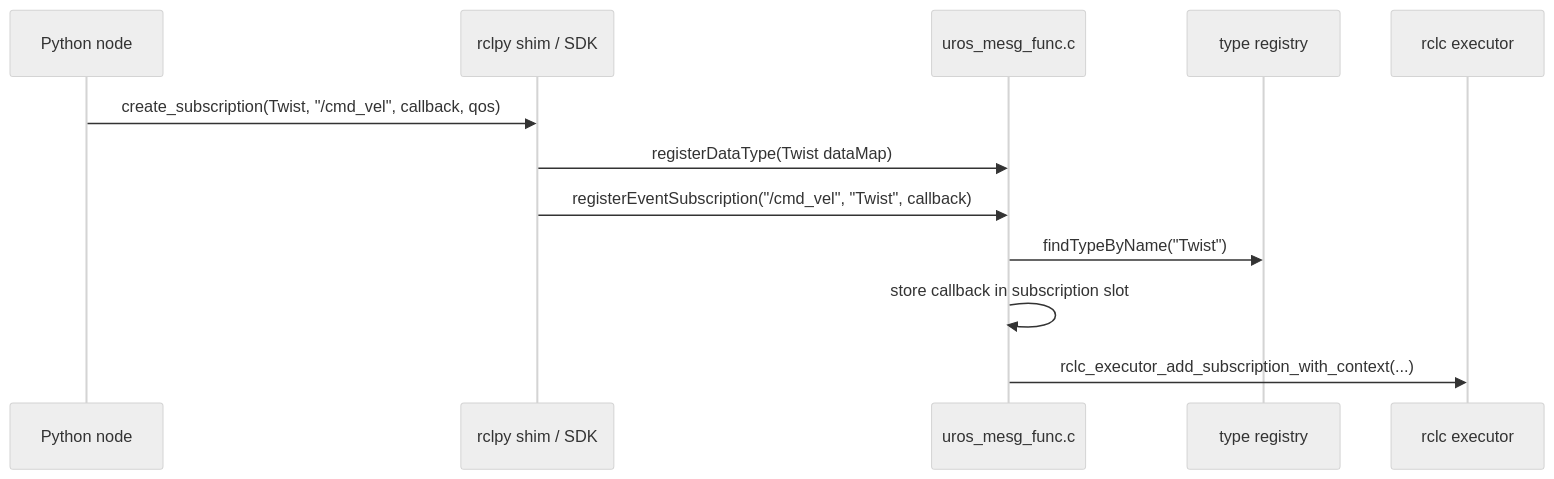
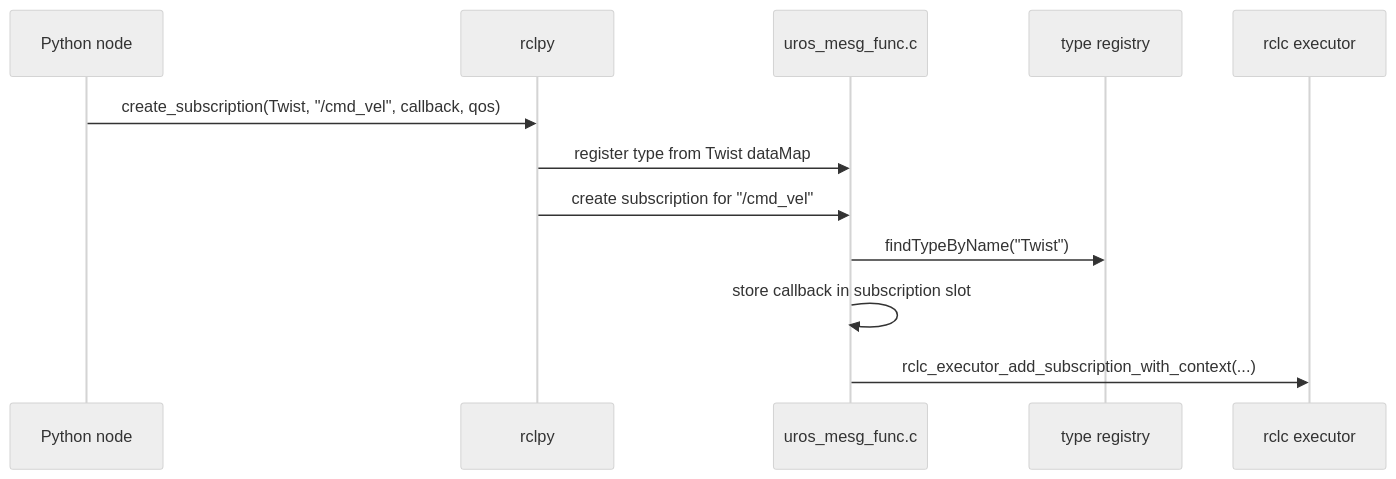
Before and after one commit to ROSMicroPy/ROSMicroPy: the fifth of 7 diagrams in docs/type-support-and-serialization.md, drawn with Mermaid (neutral theme). The commit also changed other lines of this file and 7 other files, not shown here.

````diff
--- a/docs/type-support-and-serialization.md
+++ b/docs/type-support-and-serialization.md
@@ -334,15 +325,15 @@
 ```mermaid
 sequenceDiagram
     participant Py as Python node
-    participant API as rclpy shim / SDK
+    participant API as rclpy
     participant Msg as uros_mesg_func.c
     participant Types as type registry
     participant Exec as rclc executor
 
     Py->>API: create_subscription(Twist, "/cmd_vel", callback, qos)
-    API->>Msg: registerDataType(Twist dataMap)
-    API->>Msg: registerEventSubscription("/cmd_vel", "Twist", callback)
+    API->>Msg: register type from Twist dataMap
+    API->>Msg: create subscription for "/cmd_vel"
     Msg->>Types: findTypeByName("Twist")
     Msg->>Msg: store callback in subscription slot
     Msg->>Exec: rclc_executor_add_subscription_with_context(...)
 ```
````
